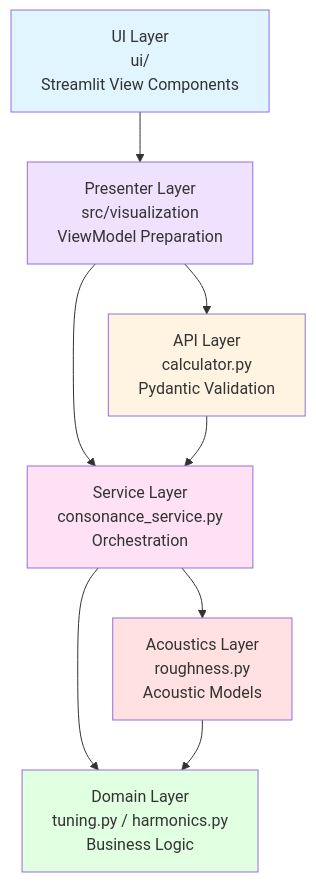
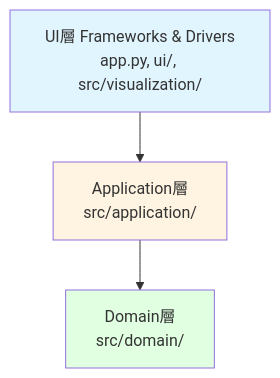
One commit to endo-ava/xenharmonic-voyager changed the first of 2 diagrams in docs/20.development/2001.architecture-implementation.md. Above: the diagram before and after it, drawn with Mermaid. The commit also changed other lines of this file and 2 other files, not shown here.

First line of the commit message:
docs: update architecture documentation for 3-layer design

````diff
--- a/docs/20.development/2001.architecture-implementation.md
+++ b/docs/20.development/2001.architecture-implementation.md
@@ -27,24 +23,13 @@
 ```mermaid
 graph TB
-    UI[UI Layer<br/>ui/<br/>Streamlit View Components]
-    Presenter[Presenter Layer<br/>src/visualization<br/>ViewModel Preparation]
-    API[API Layer<br/>calculator.py<br/>Pydantic Validation]
-    Service[Service Layer<br/>consonance_service.py<br/>Orchestration]
-    Domain[Domain Layer<br/>tuning.py / harmonics.py<br/>Business Logic]
-    Acoustics[Acoustics Layer<br/>roughness.py<br/>Acoustic Models]
+    UI[UI層 Frameworks & Drivers<br/>app.py, ui/, src/visualization/]
+    App[Application層<br/>src/application/]
+    Domain[Domain層<br/>src/domain/]
 
-    UI --> Presenter
-    Presenter --> API
-    Presenter --> Service
-    API --> Service
-    Service --> Domain
-    Service --> Acoustics
-    Acoustics --> Domain
+    UI --> App
+    App --> Domain
 
     style UI fill:#e1f5ff
-    style Presenter fill:#f0e1ff
-    style API fill:#fff4e1
-    style Service fill:#ffe1f5
+    style App fill:#fff4e1
     style Domain fill:#e1ffe1
-    style Acoustics fill:#ffe1e1
 ```
````
